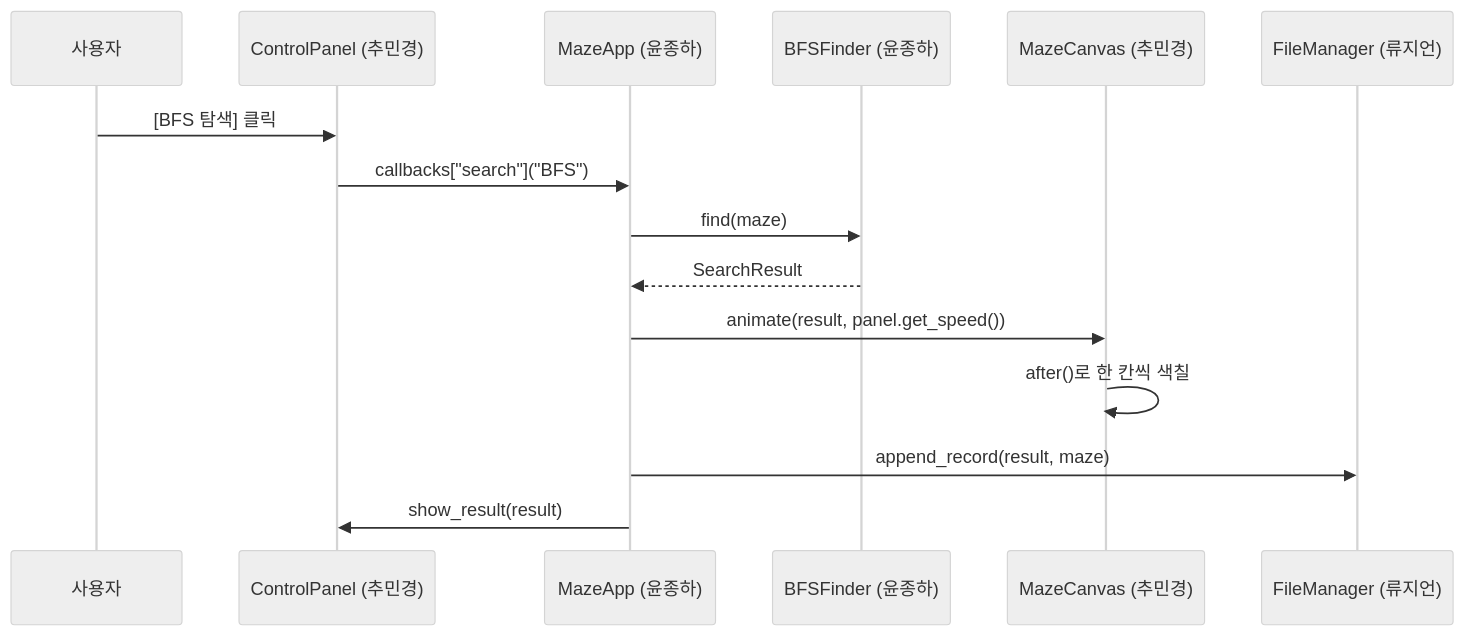
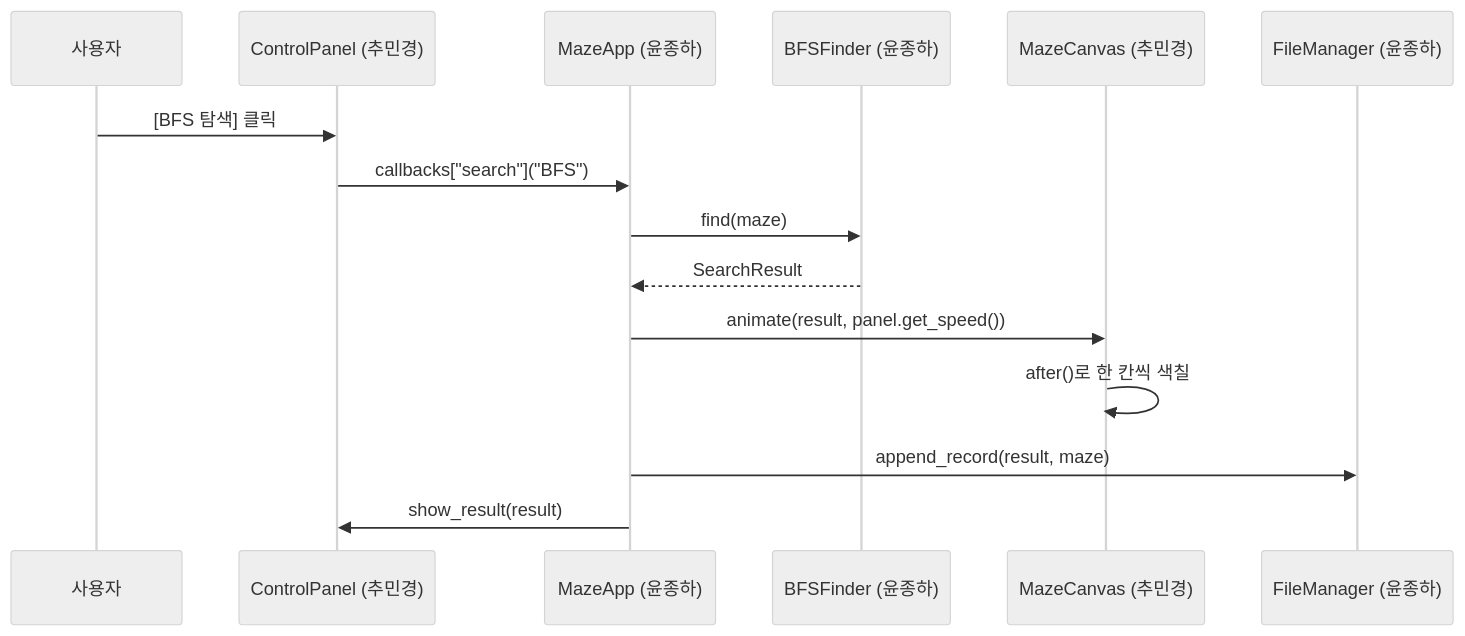
The second of 2 diagrams in README.md (dontcal1me/PP2-PROJECT), drawn with Mermaid (neutral theme) before and after one commit. The commit also changed other lines of this file and 1 other file, not shown here.

````diff
--- a/README.md
+++ b/README.md
@@ -724,18 +728,18 @@
 ```mermaid
 sequenceDiagram
     participant U as 사용자
     participant P as ControlPanel (추민경)
     participant A as MazeApp (윤종하)
     participant F as BFSFinder (윤종하)
     participant C as MazeCanvas (추민경)
-    participant M as FileManager (류지언)
+    participant M as FileManager (윤종하)
 
     U->>P: [BFS 탐색] 클릭
     P->>A: callbacks["search"]("BFS")
     A->>F: find(maze)
     F-->>A: SearchResult
     A->>C: animate(result, panel.get_speed())
     C->>C: after()로 한 칸씩 색칠
     A->>M: append_record(result, maze)
     A->>P: show_result(result)
 ```
````
